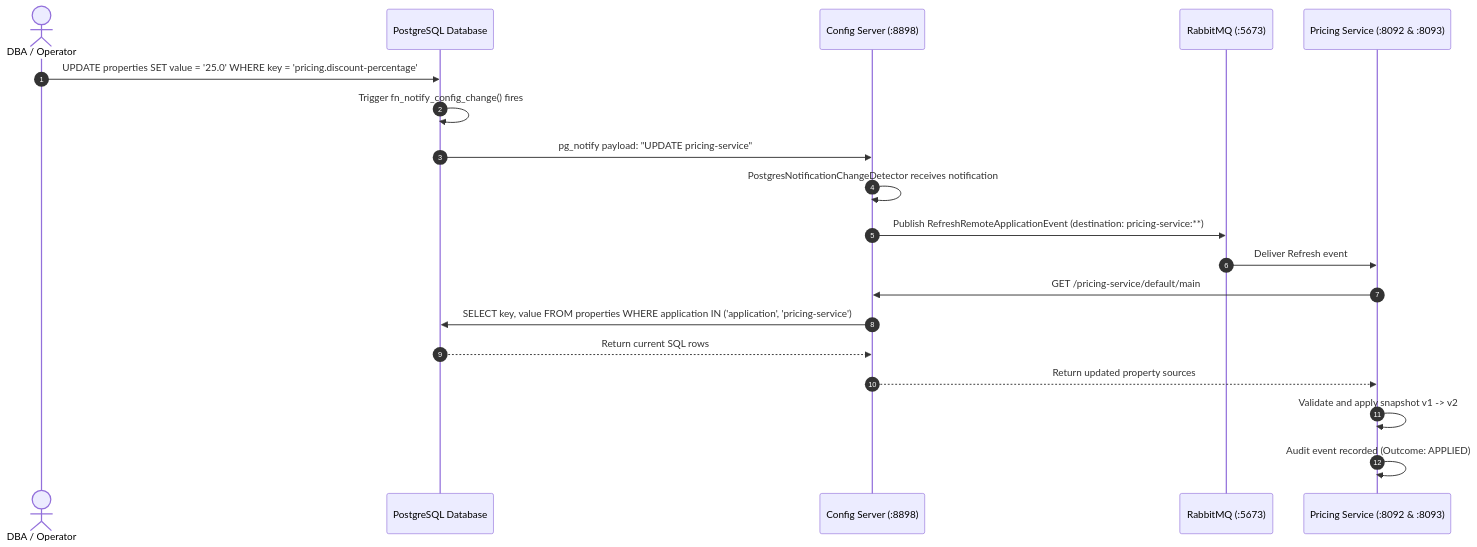
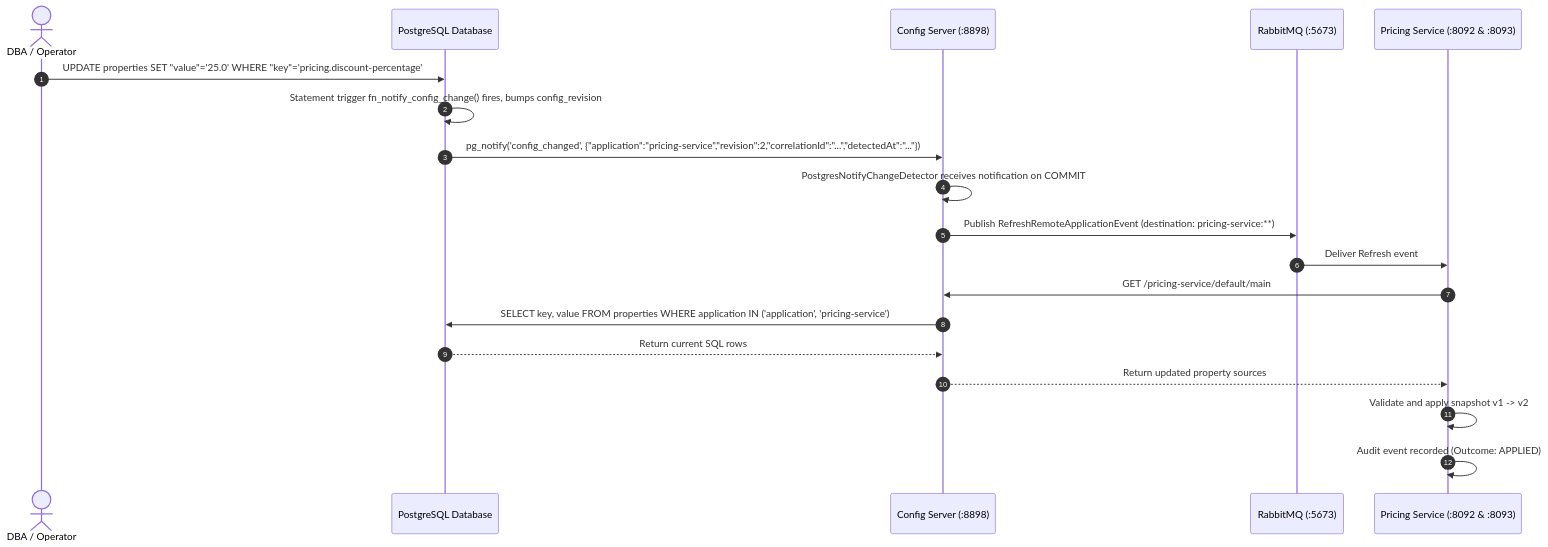
The third of 4 diagrams in version-b-jdbc/README.md (kirankumarhm/springboot-config-server-external-properties-demo), drawn with Mermaid before and after one commit. The commit also changed other lines of this file and 4 other files, not shown here.

````diff
--- a/version-b-jdbc/README.md
+++ b/version-b-jdbc/README.md
@@ -93,22 +109,22 @@
 ```mermaid
 sequenceDiagram
     autonumber
     actor Admin as DBA / Operator
     participant PG as PostgreSQL Database
     participant CS as Config Server (:8898)
     participant RMQ as RabbitMQ (:5673)
     participant Client as Pricing Service (:8092 & :8093)
 
-    Admin->>PG: UPDATE properties SET value = '25.0' WHERE key = 'pricing.discount-percentage';
-    PG->>PG: Trigger fn_notify_config_change() fires
-    PG->>CS: pg_notify payload: "UPDATE pricing-service"
-    CS->>CS: PostgresNotificationChangeDetector receives notification
+    Admin->>PG: UPDATE properties SET "value"='25.0' WHERE "key"='pricing.discount-percentage';
+    PG->>PG: Statement trigger fn_notify_config_change() fires, bumps config_revision
+    PG->>CS: pg_notify('config_changed', {"application":"pricing-service","revision":2,"correlationId":"...","detectedAt":"..."})
+    CS->>CS: PostgresNotifyChangeDetector receives notification on COMMIT
     CS->>RMQ: Publish RefreshRemoteApplicationEvent (destination: pricing-service:**)
     RMQ->>Client: Deliver Refresh event
     Client->>CS: GET /pricing-service/default/main
     CS->>PG: SELECT key, value FROM properties WHERE application IN ('application', 'pricing-service')
     PG-->>CS: Return current SQL rows
     CS-->>Client: Return updated property sources
     Client->>Client: Validate and apply snapshot v1 -> v2
     Client->>Client: Audit event recorded (Outcome: APPLIED)
 ```
````
